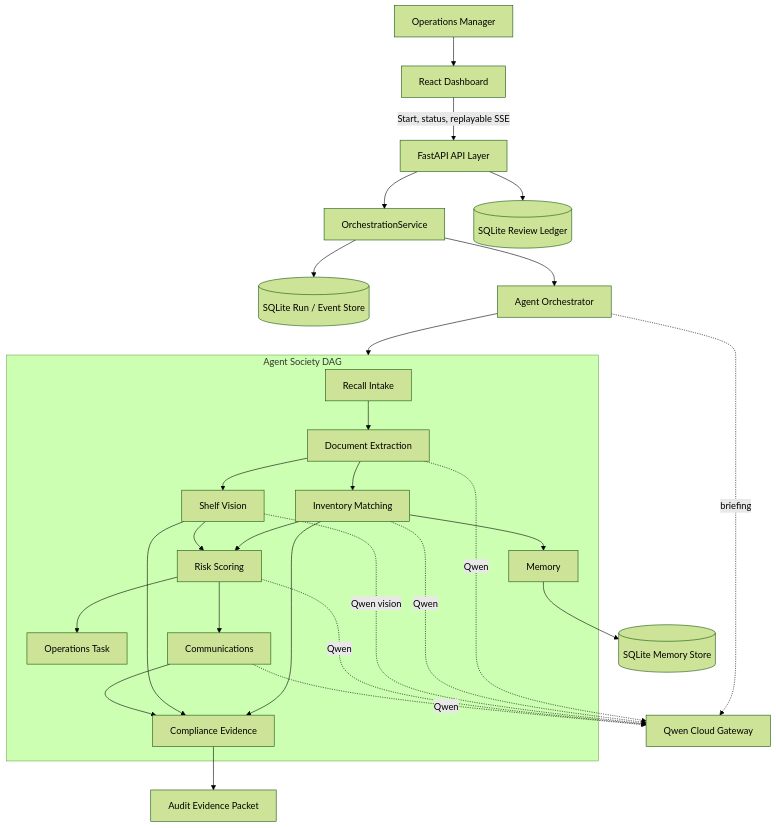
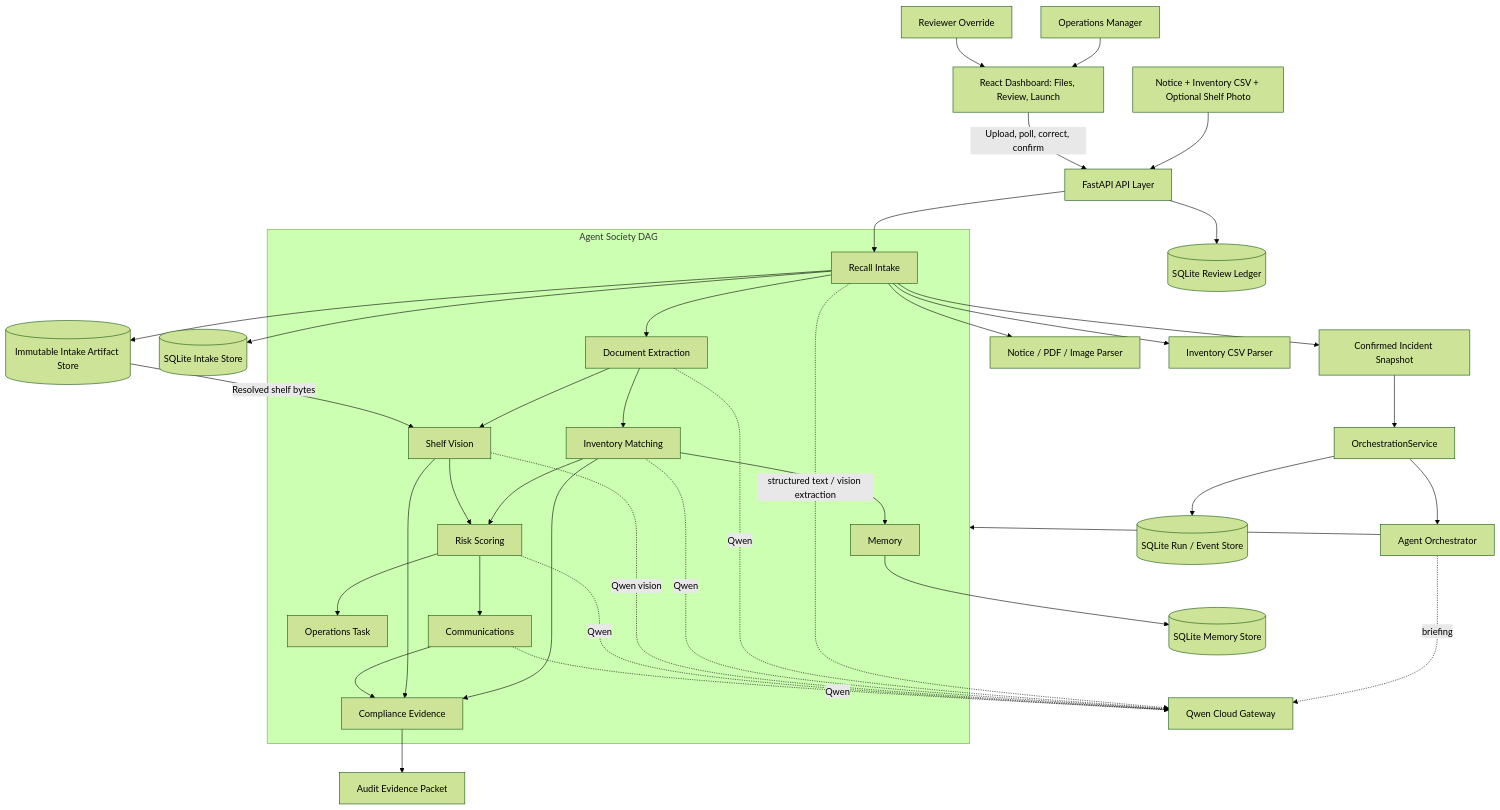
One commit to ankitranjan-dsai/batchhelm-ai changed the diagram in docs/architecture.md. Above: the diagram before and after it, drawn with Mermaid (forest theme). The commit also changed other lines of this file and 6 other files, not shown here.

Commit message:
docs: document real-world incident intake

````diff
--- a/docs/architecture.md
+++ b/docs/architecture.md
@@ -11,33 +12,44 @@
 ```mermaid
 flowchart TB
-    User["Operations Manager"] --> Web["React Dashboard"]
-    Web -->|"Start, status, replayable SSE"| API["FastAPI API Layer"]
-    API --> RunService["OrchestrationService"]
+    User["Operations Manager"] --> Web["React Dashboard: Files, Review, Launch"]
+    Files["Notice + Inventory CSV + Optional Shelf Photo"] --> API["FastAPI API Layer"]
+    Web -->|"Upload, poll, correct, confirm"| API
+    API --> Intake["IntakeService"]
+    Intake --> IntakeStore[("SQLite Intake Store")]
+    Intake --> ArtifactStore[("Immutable Intake Artifact Store")]
+    Intake --> NoticeParser["Notice / PDF / Image Parser"]
+    Intake --> CSVParser["Inventory CSV Parser"]
+    Intake -. "structured text / vision extraction" .-> Qwen["Qwen Cloud Gateway"]
+
+    Reviewer["Reviewer Override"] --> Web
+    Intake --> Snapshot["Confirmed Incident Snapshot"]
+    Snapshot --> RunService["OrchestrationService"]
     RunService --> RunStore[("SQLite Run / Event Store")]
     RunService --> Orch["Agent Orchestrator"]
 
     subgraph Society["Agent Society DAG"]
         Intake["Recall Intake"] --> Extract["Document Extraction"]
         Extract --> Match["Inventory Matching"]
         Extract --> Vision["Shelf Vision"]
         Match --> Risk["Risk Scoring"]
         Vision --> Risk
         Match --> Mem["Memory"]
         Risk --> Ops["Operations Task"]
         Risk --> Comms["Communications"]
         Match --> Comp["Compliance Evidence"]
         Vision --> Comp
         Comms --> Comp
     end
 
     Orch --> Society
-    Extract -. Qwen .-> Qwen["Qwen Cloud Gateway"]
+    Extract -. Qwen .-> Qwen
     Match -. Qwen .-> Qwen
     Vision -. Qwen vision .-> Qwen
     Risk -. Qwen .-> Qwen
     Comms -. Qwen .-> Qwen
     Orch -. briefing .-> Qwen
+    ArtifactStore -->|"Resolved shelf bytes"| Vision
     Mem --> MemDB[("SQLite Memory Store")]
     Comp --> Packet["Audit Evidence Packet"]
     API --> Ledger[("SQLite Review Ledger")]
 ```
````
